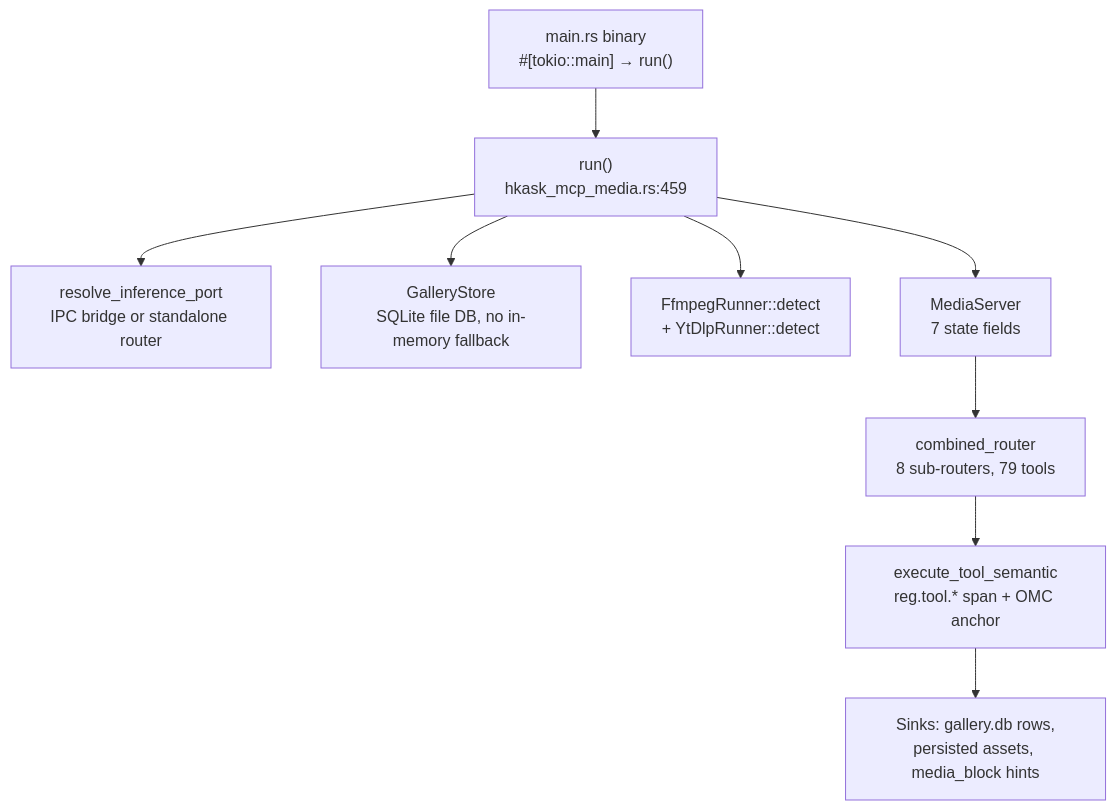
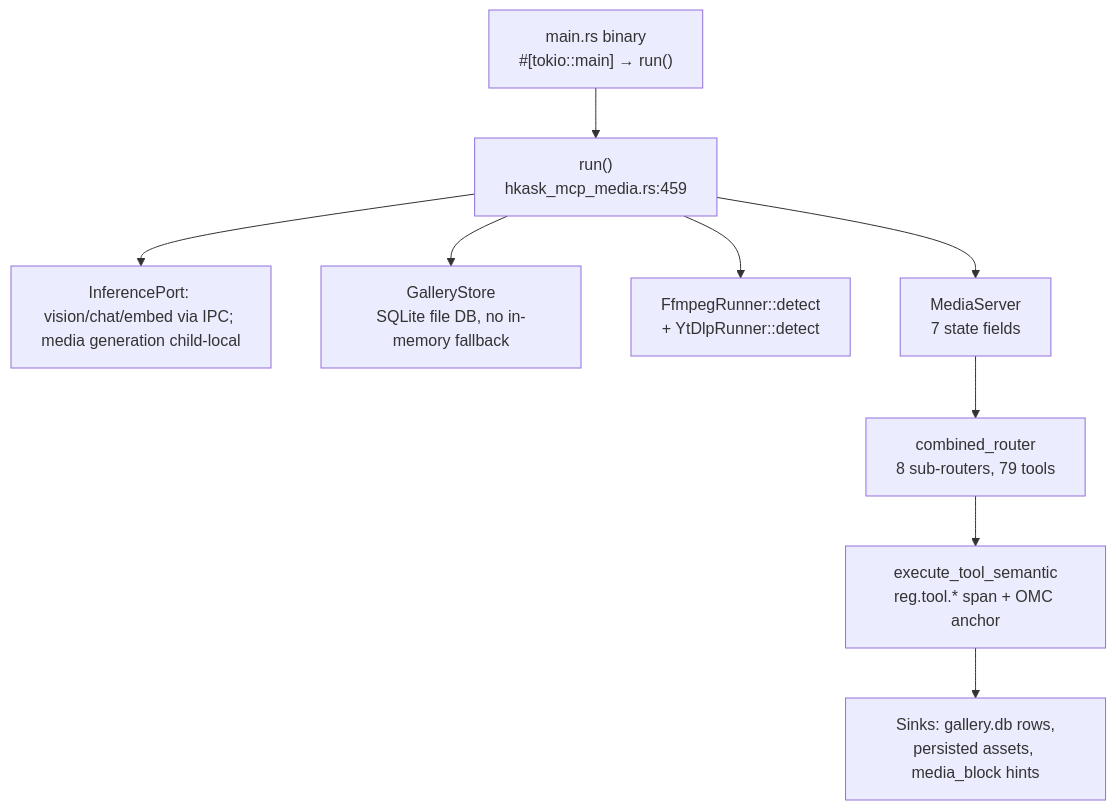
Before and after one commit to mdz-axo/zed-kask: the diagram in kask/docs/reference/mcp-servers/media.md, drawn with Mermaid. The commit also changed other lines of this file and 7 other files, not shown here.

````diff
--- a/kask/docs/reference/mcp-servers/media.md
+++ b/kask/docs/reference/mcp-servers/media.md
@@ -24,21 +24,21 @@
 ```mermaid
 flowchart TD
     binary["main.rs binary<br/>#[tokio::main] → run()"]
     run["run()<br/>hkask_mcp_media.rs:459"]
-    port["resolve_inference_port<br/>IPC bridge or standalone router"]
+    port["InferencePort: vision/chat/embed via IPC; media generation child-local"]
     db["GalleryStore<br/>SQLite file DB, no in-memory fallback"]
     ffmpeg["FfmpegRunner::detect<br/>+ YtDlpRunner::detect"]
     server["MediaServer<br/>7 state fields"]
     router["combined_router<br/>8 sub-routers, 79 tools"]
     semantic["execute_tool_semantic<br/>reg.tool.* span + OMC anchor"]
     sinks["Sinks: gallery.db rows,<br/>persisted assets, media_block hints"]
 
     binary --> run
     run --> port
     run --> db
     run --> ffmpeg
     run --> server
     server --> router
     router --> semantic
     semantic --> sinks
 ```
````
